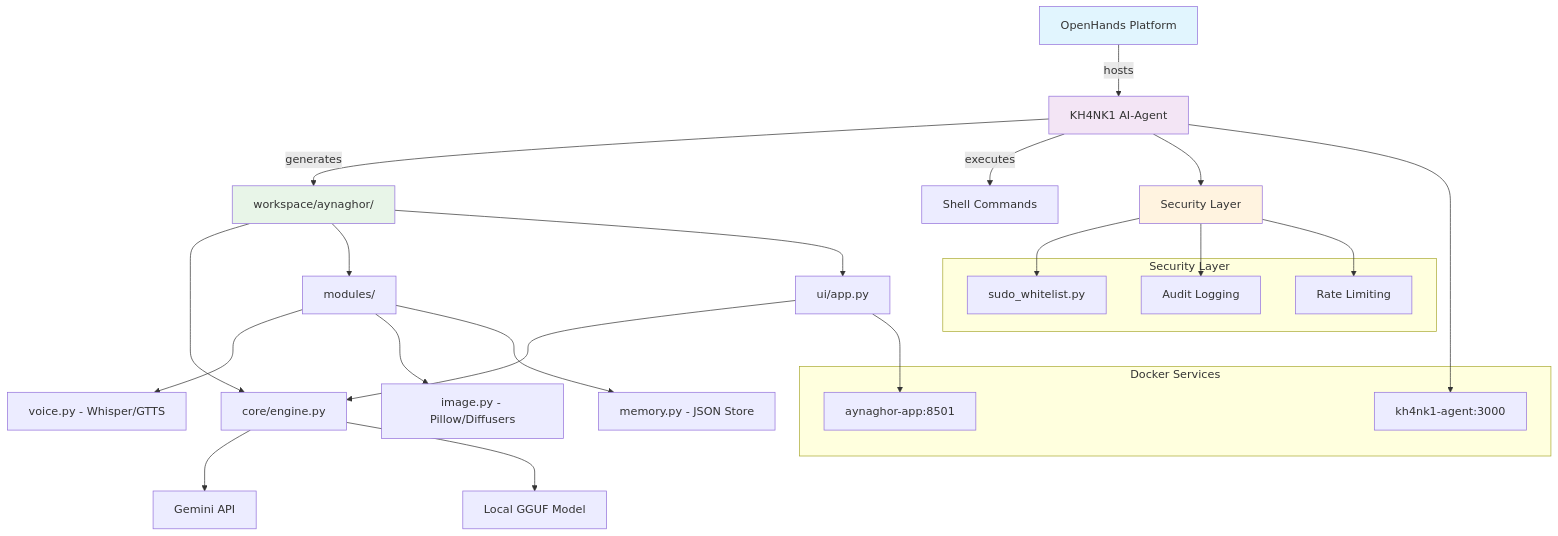
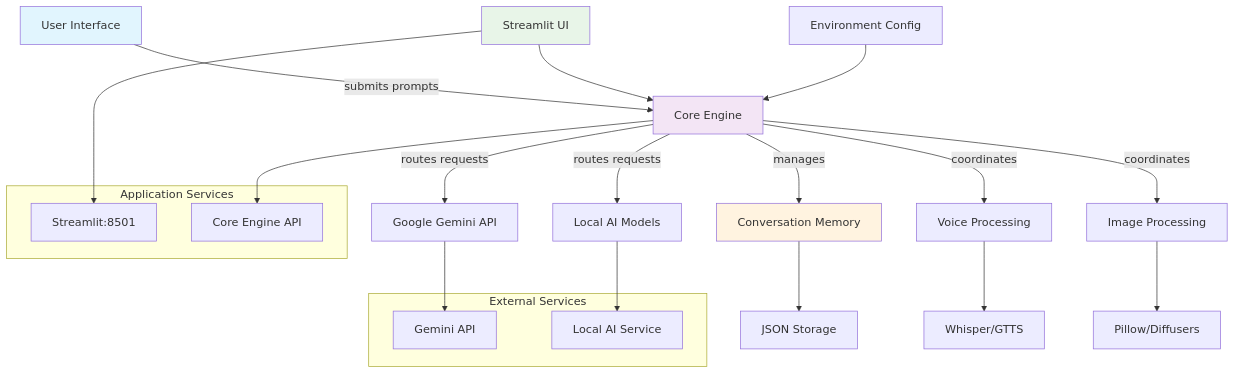
The diagram in docs/architecture.mmd (satyriassis/aynaghor), drawn with Mermaid before and after one commit.

Commit message:
Auto-commit: Agent tool execution

```diff
--- a/docs/architecture.mmd
+++ b/docs/architecture.mmd
@@ -1,41 +1,36 @@
 graph TD;
-    OpenHands[OpenHands Platform] -->|hosts| Agent[KH4NK1 AI‑Agent];
-    Agent -->|generates| Workspace[workspace/aynaghor/];
-    Agent -->|executes| Shell[Shell Commands];
+    User[User Interface] -->|submits prompts| Engine[Core Engine];
+    Engine -->|routes requests| Gemini[Google Gemini API];
+    Engine -->|routes requests| LocalAI[Local AI Models];
 
-    Workspace --> Core[core/engine.py];
-    Workspace --> Modules[modules/];
-    Workspace --> UI[ui/app.py];
+    Engine -->|manages| Memory[Conversation Memory];
+    Engine -->|coordinates| Voice[Voice Processing];
+    Engine -->|coordinates| Image[Image Processing];
 
-    Core --> Gemini[Gemini API];
-    Core --> LocalAI[Local GGUF Model];
+    Memory --> JSON[JSON Storage];
+    Voice --> Whisper[Whisper/GTTS];
+    Image --> Pillow[Pillow/Diffusers];
 
-    Modules --> Voice[voice.py - Whisper/GTTS];
-    Modules --> Image[image.py - Pillow/Diffusers];
-    Modules --> Memory[memory.py - JSON Store];
+    UI[Streamlit UI] --> Engine;
+    Config[Environment Config] --> Engine;
 
-    UI --> Core;
-
-    subgraph "Security Layer"
-        Whitelist[sudo_whitelist.py];
-        Audit[Audit Logging];
-        RateLimit[Rate Limiting];
+    subgraph "Application Services"
+        Streamlit[Streamlit:8501];
+        CoreAPI[Core Engine API];
     end
 
-    Agent --> Security[Security Layer];
-    Security --> Whitelist;
-    Security --> Audit;
-    Security --> RateLimit;
+    UI --> Streamlit;
+    Engine --> CoreAPI;
 
-    subgraph "Docker Services"
-        Service1[kh4nk1-agent:3000];
-        Service2[aynaghor-app:8501];
+    subgraph "External Services"
+        GeminiAPI[Gemini API];
+        LocalAISvc[Local AI Service];
     end
 
-    Agent --> Service1;
-    UI --> Service2;
+    Gemini --> GeminiAPI;
+    LocalAI --> LocalAISvc;
 
-    style OpenHands fill:#e1f5fe
-    style Agent fill:#f3e5f5
-    style Workspace fill:#e8f5e8
-    style Security fill:#fff3e0
+    style User fill:#e1f5fe
+    style Engine fill:#f3e5f5
+    style UI fill:#e8f5e8
+    style Memory fill:#fff3e0
```
